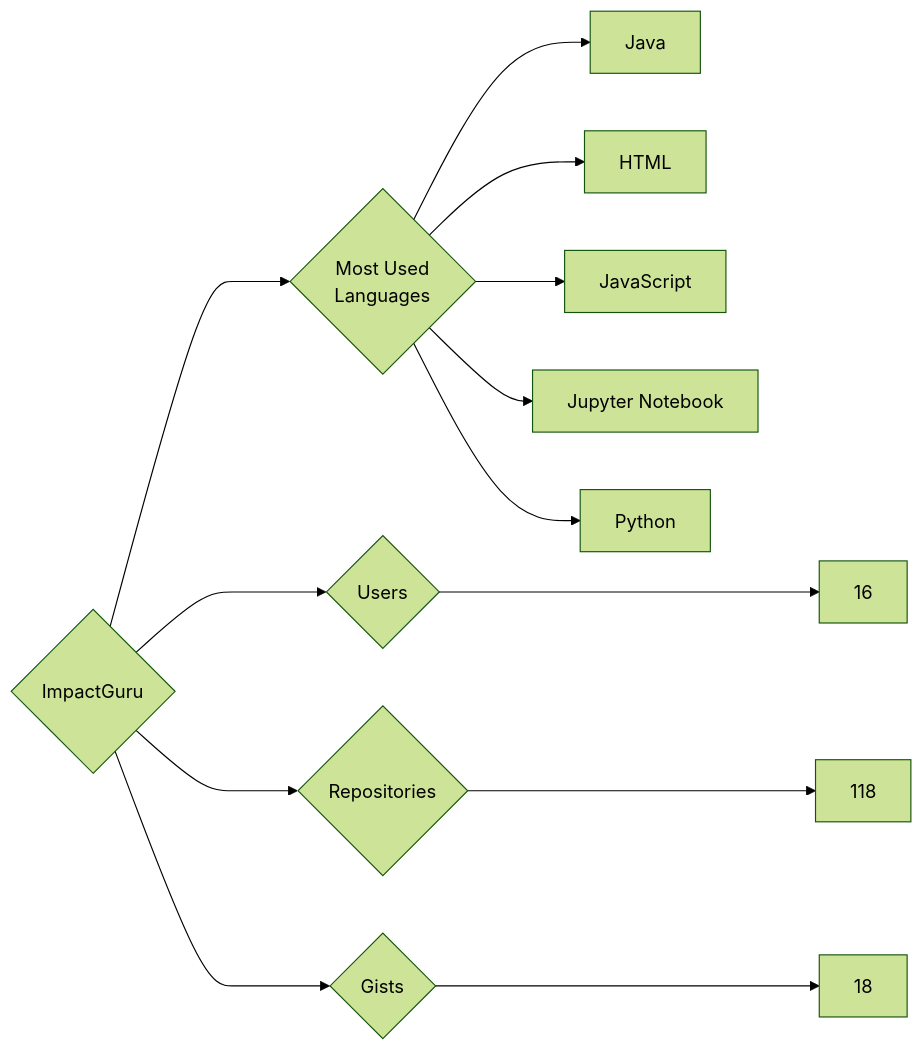
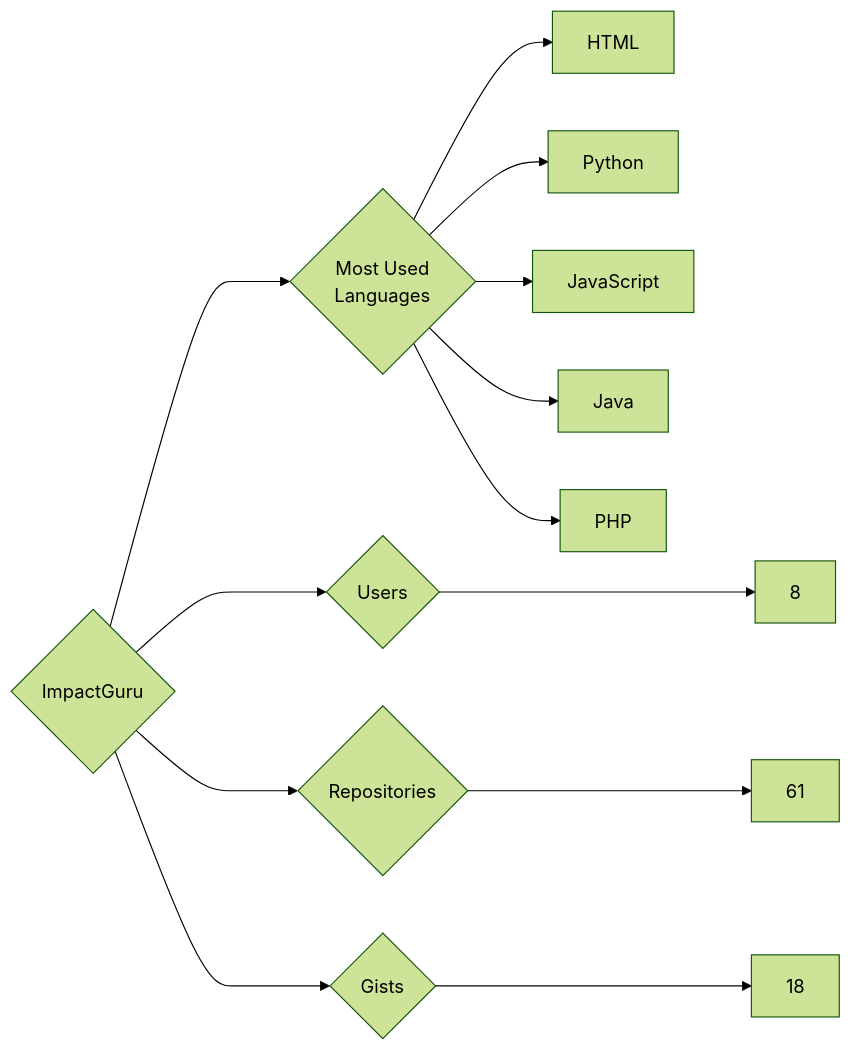
Before and after one commit to trickest/insiders: the diagram in targets/ImpactGuru/README.md, drawn with Mermaid (forest theme). The commit also changed 873 other files, not shown here.

````diff
--- a/targets/ImpactGuru/README.md
+++ b/targets/ImpactGuru/README.md
@@ -3,13 +3,13 @@
 ```mermaid
 graph LR
 COMPANY_NAME{ImpactGuru}
-COMPANY_NAME ---> U{Users} ---> UN[16]
-COMPANY_NAME ---> R{Repositories} ---> RN[118]
+COMPANY_NAME ---> U{Users} ---> UN[8]
+COMPANY_NAME ---> R{Repositories} ---> RN[61]
 COMPANY_NAME ---> G{Gists} ---> GN[18]
 COMPANY_NAME ---> ML{Most Used<br>Languages}
+ML --> HTML[HTML]
+ML --> Python[Python]
+ML --> JavaScript[JavaScript]
 ML --> Java[Java]
-ML --> HTML[HTML]
-ML --> JavaScript[JavaScript]
-ML --> Jupyter_Notebook[Jupyter Notebook]
-ML --> Python[Python]
+ML --> PHP[PHP]
 ```
````
